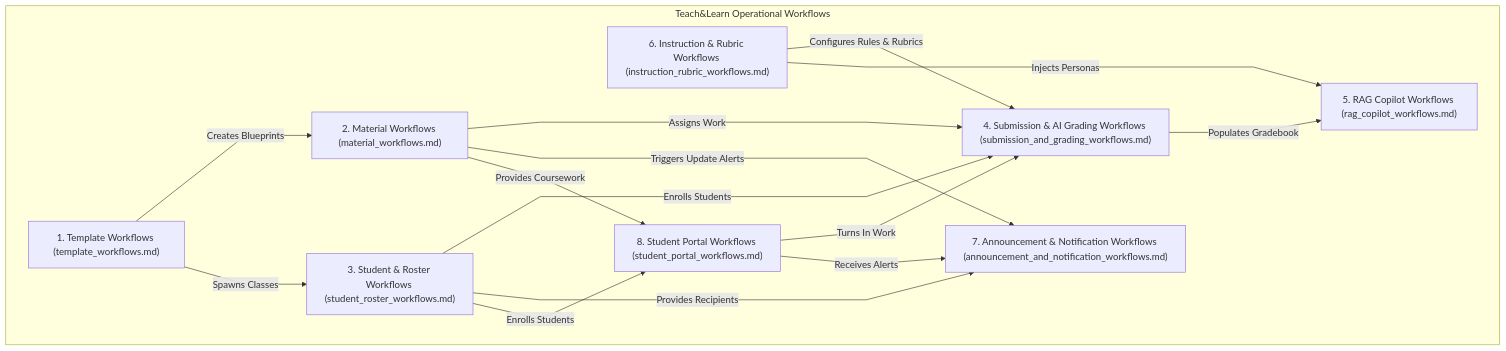
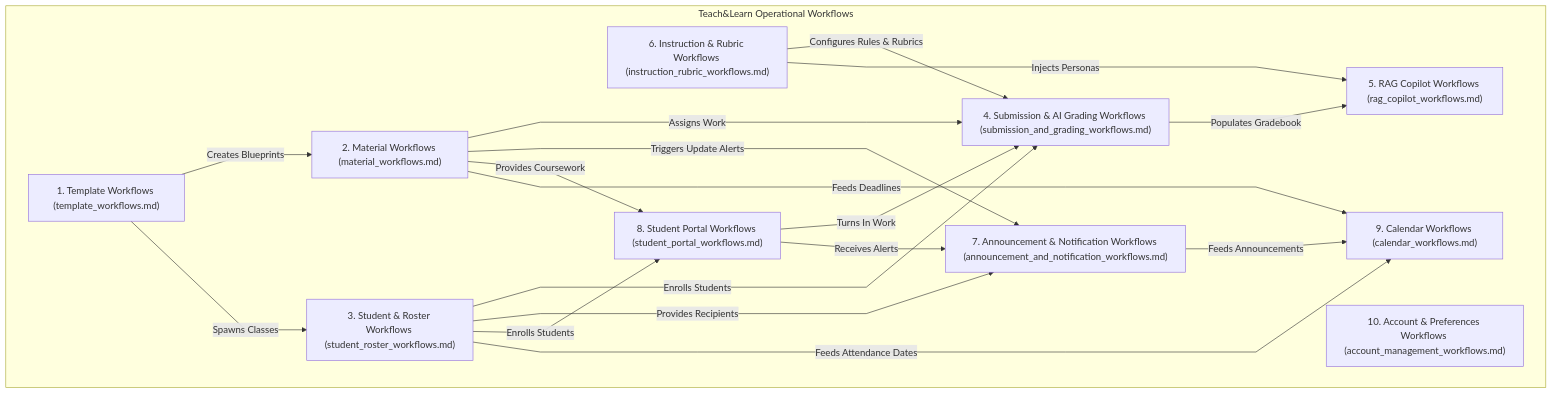
Before and after one commit to VictorBravo9er/Teacher-Assistant-Workspace: the first of 2 diagrams in systems/workflows/README.md, drawn with Mermaid. The commit also changed other lines of this file and 14 other files, not shown here.

Commit message:
docs: complete verification and synchronize micro-docs with systems architecture

````diff
--- a/systems/workflows/README.md
+++ b/systems/workflows/README.md
@@ -11,28 +11,33 @@
 ```mermaid
 %%{init: {'flowchart': {'curve': 'linear'}}}%%
 flowchart TD
     subgraph MasterWorkflows["Teach&Learn Operational Workflows"]
         W1["1. Template Workflows (template_workflows.md)"]
         W2["2. Material Workflows (material_workflows.md)"]
         W3["3. Student & Roster Workflows (student_roster_workflows.md)"]
         W4["4. Submission & AI Grading Workflows (submission_and_grading_workflows.md)"]
         W5["5. RAG Copilot Workflows (rag_copilot_workflows.md)"]
         W6["6. Instruction & Rubric Workflows (instruction_rubric_workflows.md)"]
         W7["7. Announcement & Notification Workflows (announcement_and_notification_workflows.md)"]
         W8["8. Student Portal Workflows (student_portal_workflows.md)"]
+        W9["9. Calendar Workflows (calendar_workflows.md)"]
+        W10["10. Account & Preferences Workflows (account_management_workflows.md)"]
     end
 
     W1 -->|Creates Blueprints| W2
     W1 -->|Spawns Classes| W3
     W2 -->|Assigns Work| W4
     W3 -->|Enrolls Students| W4
     W4 -->|Populates Gradebook| W5
     W6 -->|Configures Rules & Rubrics| W4
     W6 -->|Injects Personas| W5
     W3 -->|Provides Recipients| W7
     W2 -->|Triggers Update Alerts| W7
     W3 -->|Enrolls Students| W8
     W2 -->|Provides Coursework| W8
     W8 -->|Turns In Work| W4
     W8 -->|Receives Alerts| W7
+    W2 -->|Feeds Deadlines| W9
+    W3 -->|Feeds Attendance Dates| W9
+    W7 -->|Feeds Announcements| W9
 ```
````
